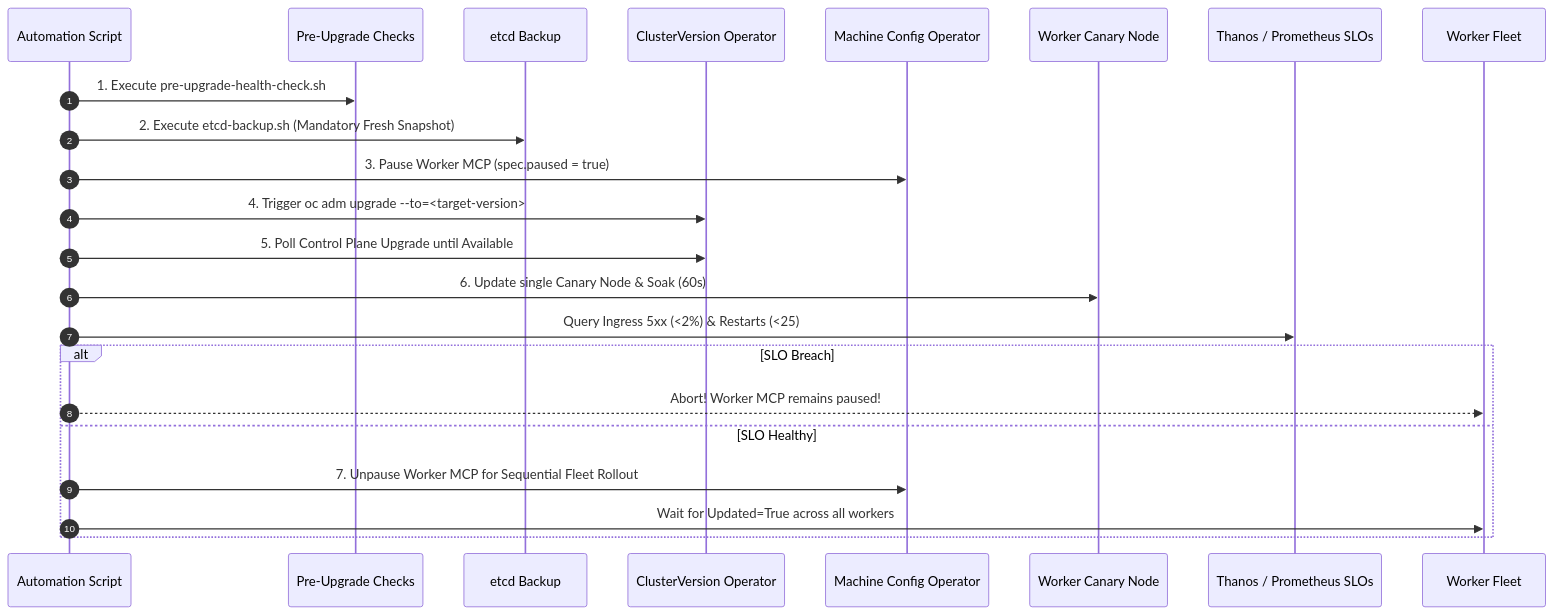
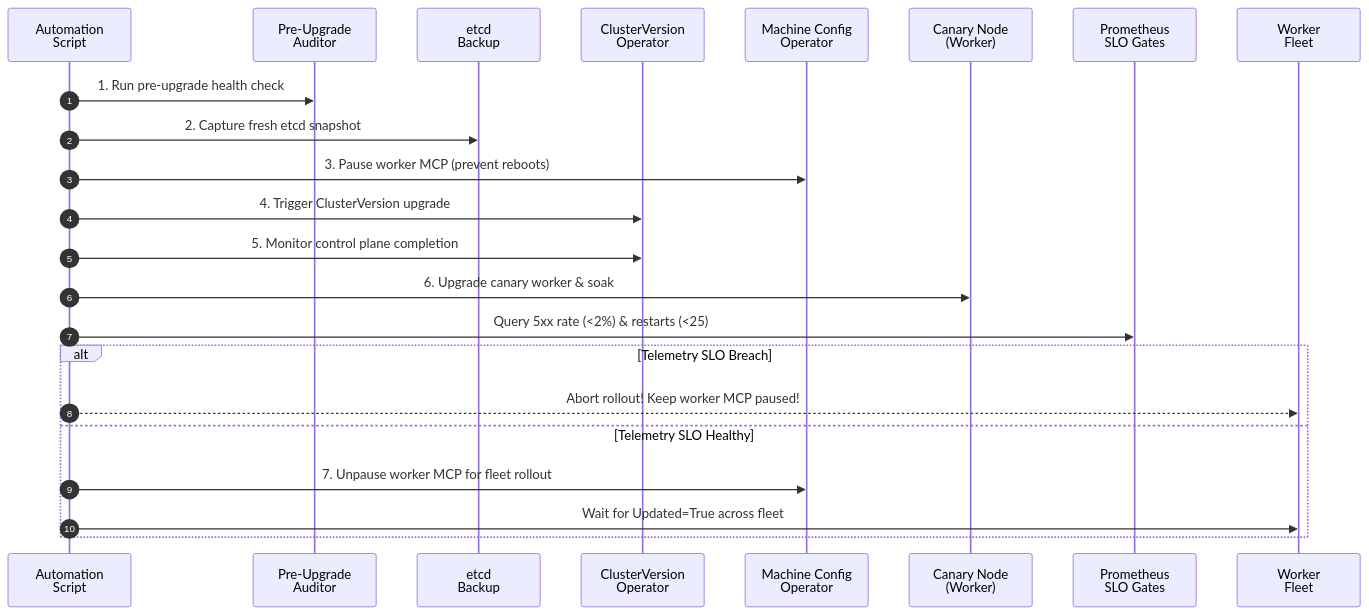
Before and after one commit to nubenetes/openshift-4-20-installation-day0-day2: the fifth of 6 diagrams in scripts/README.md, drawn with Mermaid. The commit also changed other lines of this file, not shown here.

Commit message:
fix(docs): optimize mermaid diagram boxes, text breaks and flow orientation in scripts/README.md

````diff
--- a/scripts/README.md
+++ b/scripts/README.md
@@ -399,26 +399,26 @@
 ```mermaid
 sequenceDiagram
     autonumber
-    participant Admin as Automation Script
-    participant Pre as Pre-Upgrade Checks
-    participant etcd as etcd Backup
-    participant CVO as ClusterVersion Operator
-    participant MCO as Machine Config Operator
-    participant Canary as Worker Canary Node
-    participant Prom as Thanos / Prometheus SLOs
-    participant Fleet as Worker Fleet
+    participant Admin as Automation<br/>Script
+    participant Pre as Pre-Upgrade<br/>Auditor
+    participant etcd as etcd<br/>Backup
+    participant CVO as ClusterVersion<br/>Operator
+    participant MCO as Machine Config<br/>Operator
+    participant Canary as Canary Node<br/>(Worker)
+    participant Prom as Prometheus<br/>SLO Gates
+    participant Fleet as Worker<br/>Fleet
 
-    Admin->>Pre: 1. Execute pre-upgrade-health-check.sh
-    Admin->>etcd: 2. Execute etcd-backup.sh (Mandatory Fresh Snapshot)
-    Admin->>MCO: 3. Pause Worker MCP (spec.paused = true)
-    Admin->>CVO: 4. Trigger oc adm upgrade --to=<target-version>
-    Admin->>CVO: 5. Poll Control Plane Upgrade until Available
-    Admin->>Canary: 6. Update single Canary Node & Soak (60s)
-    Admin->>Prom: Query Ingress 5xx (<2%) & Restarts (<25)
-    alt SLO Breach
-        Admin-->>Fleet: Abort! Worker MCP remains paused!
-    else SLO Healthy
-        Admin->>MCO: 7. Unpause Worker MCP for Sequential Fleet Rollout
-        Admin->>Fleet: Wait for Updated=True across all workers
+    Admin->>Pre: 1. Run pre-upgrade health check
+    Admin->>etcd: 2. Capture fresh etcd snapshot
+    Admin->>MCO: 3. Pause worker MCP (prevent reboots)
+    Admin->>CVO: 4. Trigger ClusterVersion upgrade
+    Admin->>CVO: 5. Monitor control plane completion
+    Admin->>Canary: 6. Upgrade canary worker & soak
+    Admin->>Prom: Query 5xx rate (<2%) & restarts (<25)
+    alt Telemetry SLO Breach
+        Admin-->>Fleet: Abort rollout! Keep worker MCP paused!
+    else Telemetry SLO Healthy
+        Admin->>MCO: 7. Unpause worker MCP for fleet rollout
+        Admin->>Fleet: Wait for Updated=True across fleet
     end
 ```
````
